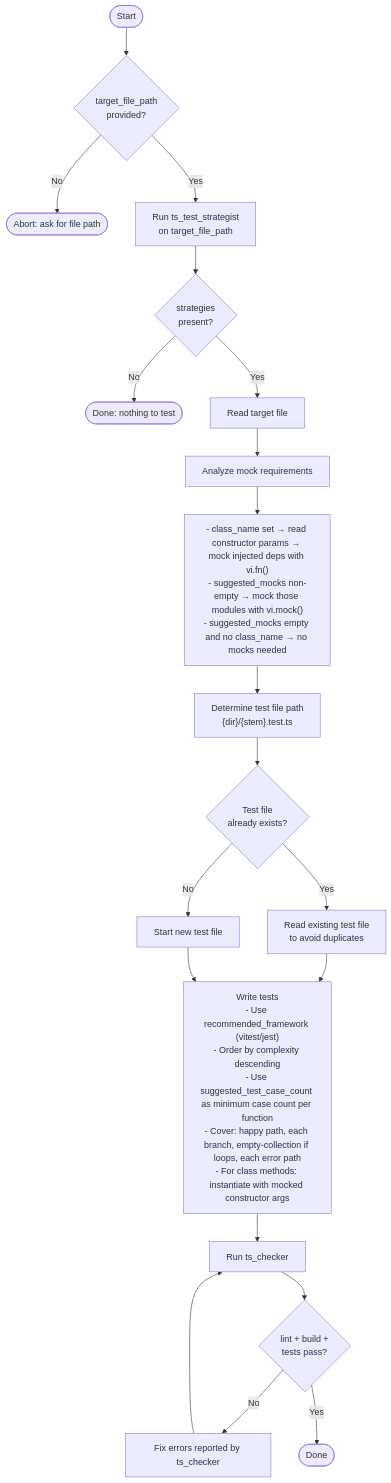
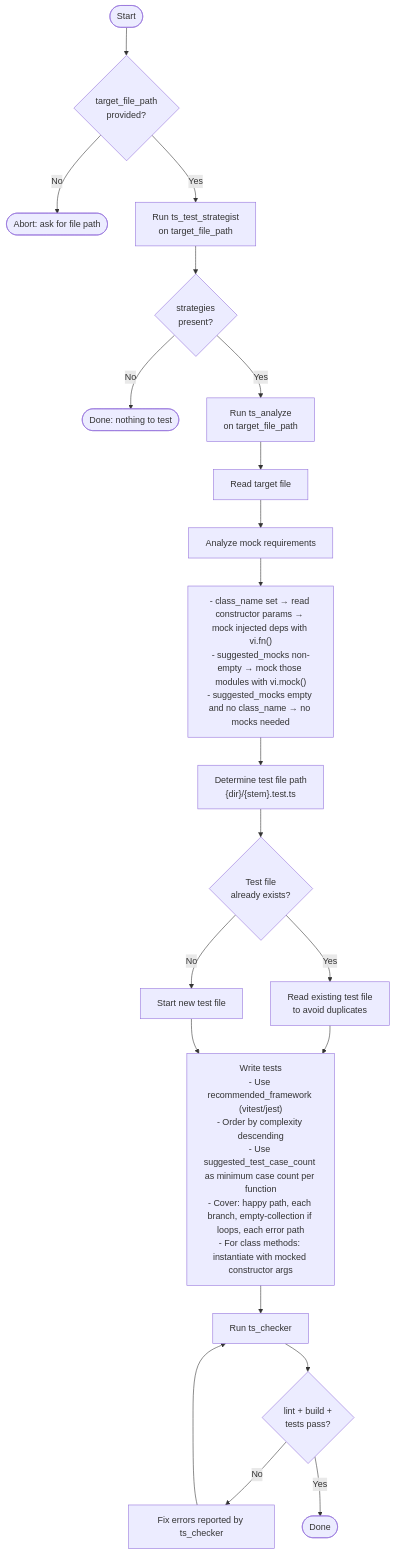
Before and after one commit to s-age/perclst: the diagram in procedures/implement-unit-test.md, drawn with Mermaid. The commit also changed 2 other files, not shown here.

Commit message:
docs: add MCP tool usage guide and runPipeline tests
- Add MCP Tools section to CLAUDE.md with per-tool descriptions and recommended sequences
- Add ts_analyze step to implement-unit-test procedure flowchart
- Add unit tests for parseRunOptions and parsePipeline (28 cases)

````diff
--- a/procedures/implement-unit-test.md
+++ b/procedures/implement-unit-test.md
@@ -5,29 +5,31 @@
 ```mermaid
 flowchart TD
     Start([Start]) --> Check{target_file_path\nprovided?}
     Check -- No --> Abort([Abort: ask for file path])
     Check -- Yes --> Strategy[Run ts_test_strategist\non target_file_path]
 
     Strategy --> HasFunctions{strategies\npresent?}
     HasFunctions -- No --> Done([Done: nothing to test])
-    HasFunctions -- Yes --> ReadCode[Read target file]
+    HasFunctions -- Yes --> Analyze[Run ts_analyze\non target_file_path]
+
+    Analyze --> ReadCode[Read target file]
 
     ReadCode --> AnalyzeMocks[Analyze mock requirements]
     AnalyzeMocks --> MockNote["- class_name set → read constructor params → mock injected deps with vi.fn()\n- suggested_mocks non-empty → mock those modules with vi.mock()\n- suggested_mocks empty and no class_name → no mocks needed"]
 
     MockNote --> DetermineTestFile["Determine test file path\n{dir}/{stem}.test.ts"]
     DetermineTestFile --> TestFileExists{Test file\nalready exists?}
     TestFileExists -- Yes --> ReadTestFile[Read existing test file\nto avoid duplicates]
     TestFileExists -- No --> StartFresh[Start new test file]
 
     ReadTestFile --> WriteTests
     StartFresh --> WriteTests
 
     WriteTests["Write tests\n- Use recommended_framework (vitest/jest)\n- Order by complexity descending\n- Use suggested_test_case_count as minimum case count per function\n- Cover: happy path, each branch, empty-collection if loops, each error path\n- For class methods: instantiate with mocked constructor args"]
 
     WriteTests --> RunChecker[Run ts_checker]
     RunChecker --> AllPass{lint + build +\ntests pass?}
     AllPass -- No --> Fix[Fix errors reported by ts_checker]
     Fix --> RunChecker
     AllPass -- Yes --> Done2([Done])
 ```
````
